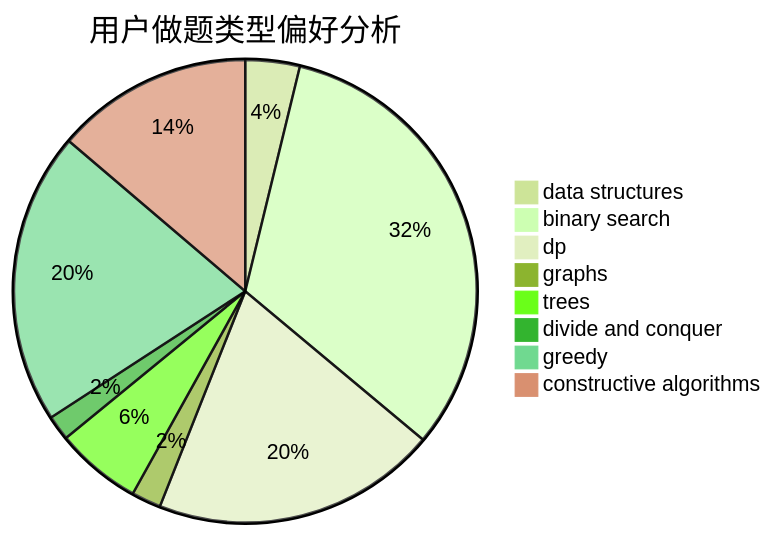
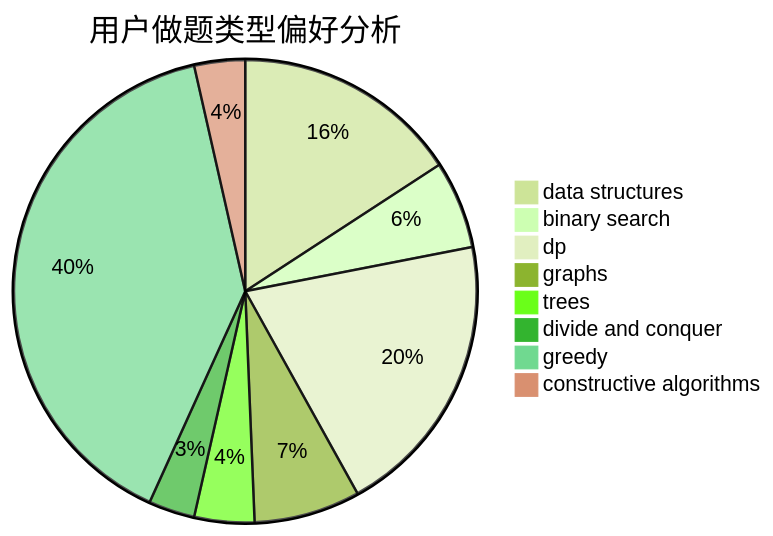
One commit to sherpahu/cfrs.github.io changed the second of 3 diagrams in docs/user/u2090.md. Above: the diagram before and after it, drawn with Mermaid (forest theme). The commit also changed other lines of this file and 2770 other files, not shown here.

````diff
--- a/docs/user/u2090.md
+++ b/docs/user/u2090.md
@@ -23,11 +23,11 @@
 ```mermaid
 pie title 用户做题类型偏好分析
-    "data structures" :  24
-    "binary search" :  204
-    "dp" :  126
-    "graphs" :  13
-    "trees" :  38
-    "divide and conquer" :  11
-    "greedy" :  129
-    "constructive algorithms" :  87
+    "data structures" :  49
+    "binary search" :  19
+    "dp" :  62
+    "graphs" :  23
+    "trees" :  13
+    "divide and conquer" :  10
+    "greedy" :  123
+    "constructive algorithms" :  11
 ```
````
